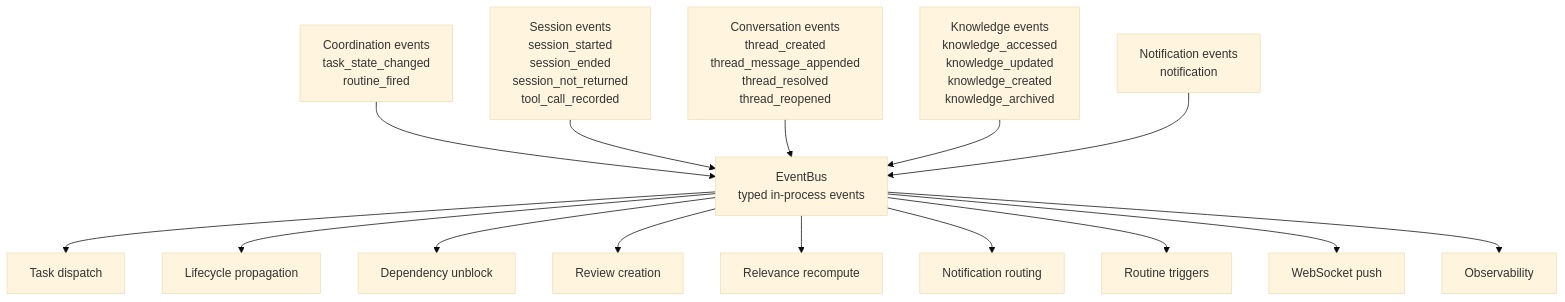
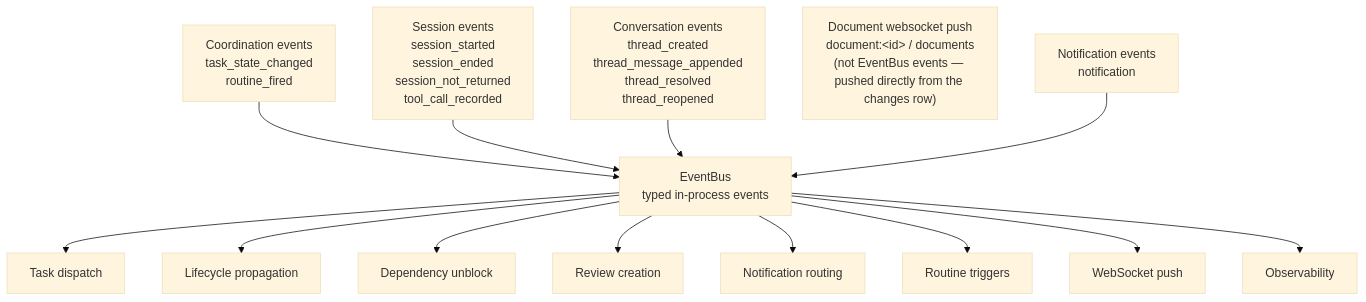
Diagram 11 of 12 in docs/architecture/as-implemented-domain-architecture.md (idle-builders/hyperidle), drawn with Mermaid (base theme) before and after one commit. The commit also changed other lines of this file and 702 other files, not shown here.

````diff
--- a/docs/architecture/as-implemented-domain-architecture.md
+++ b/docs/architecture/as-implemented-domain-architecture.md
@@ -322,20 +308,19 @@
 ```mermaid
 flowchart TB
   EventBus["EventBus\ntyped in-process events"]
 
   CoordinationEvents["Coordination events\ntask_state_changed\nroutine_fired"] --> EventBus
   SessionEvents["Session events\nsession_started\nsession_ended\nsession_not_returned\ntool_call_recorded"] --> EventBus
   ConversationEvents["Conversation events\nthread_created\nthread_message_appended\nthread_resolved\nthread_reopened"] --> EventBus
-  KnowledgeEvents["Knowledge events\nknowledge_accessed\nknowledge_updated\nknowledge_created\nknowledge_archived"] --> EventBus
+  DocumentWsPush["Document websocket push\ndocument:&lt;id&gt; / documents\n(not EventBus events — pushed directly from the changes row)"]
   NotificationEvents["Notification events\nnotification"] --> EventBus
 
   EventBus --> TaskDispatch["Task dispatch"]
   EventBus --> Lifecycle["Lifecycle propagation"]
   EventBus --> Dependency["Dependency unblock"]
   EventBus --> ReviewCreation["Review creation"]
-  EventBus --> Relevance["Relevance recompute"]
   EventBus --> Notifications["Notification routing"]
   EventBus --> Routines["Routine triggers"]
   EventBus --> Push["WebSocket push"]
   EventBus --> Observability["Observability"]
 ```
````
